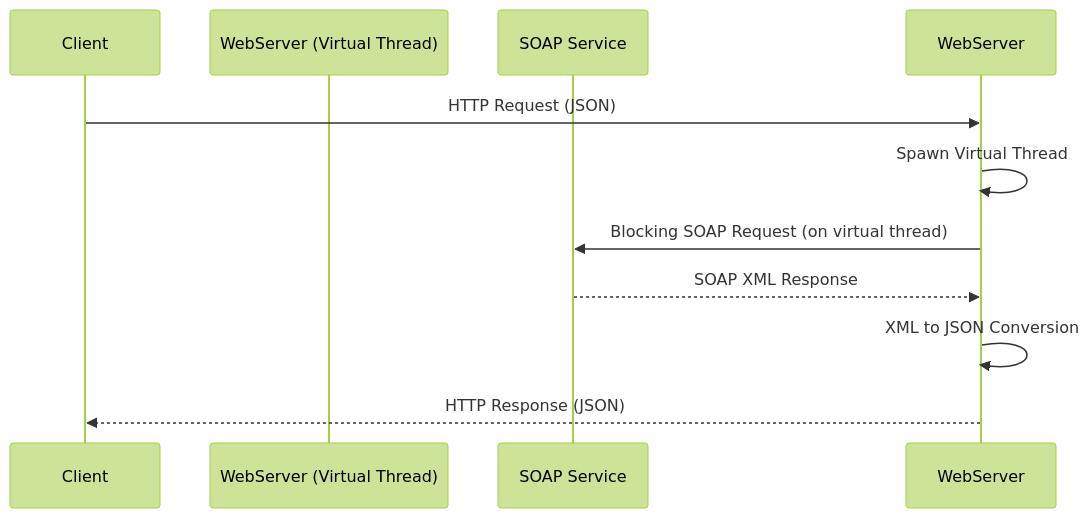
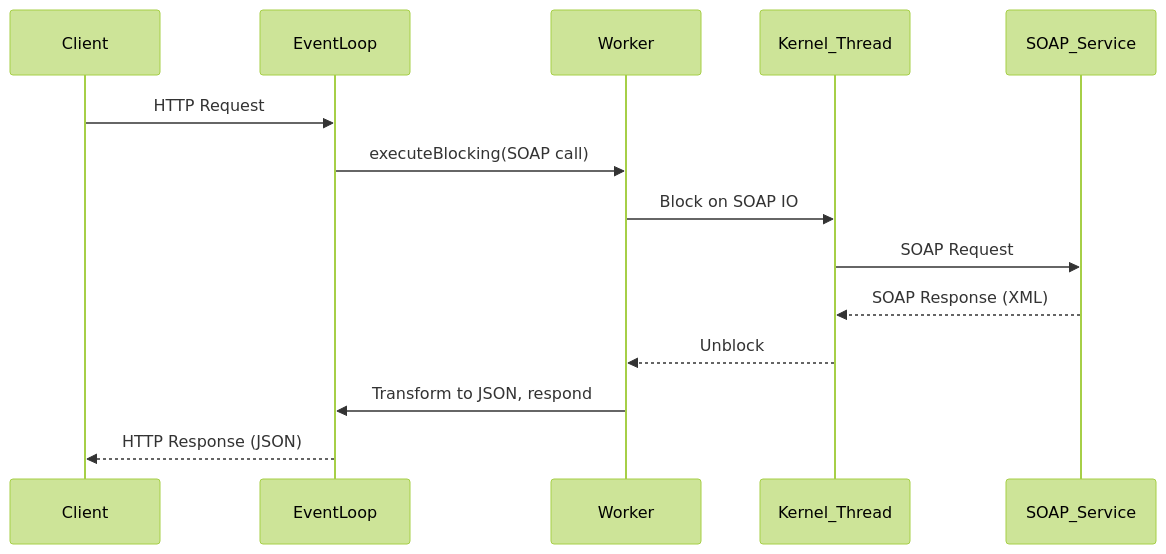
The fourth of 6 diagrams in README.md (sonuprajapati15/Web-frameworks), drawn with Mermaid (forest theme) before and after one commit. The commit also changed other lines of this file, not shown here.

````diff
--- a/README.md
+++ b/README.md
@@ -240,13 +379,17 @@
 ```mermaid
 sequenceDiagram
     participant Client
-    participant WebServer (Virtual Thread)
-    participant SOAP Service
+    participant EventLoop
+    participant Worker
+    participant Kernel_Thread
+    participant SOAP_Service
 
-    Client->>WebServer: HTTP Request (JSON)
-    WebServer->>WebServer: Spawn Virtual Thread
-    WebServer->>SOAP Service: Blocking SOAP Request (on virtual thread)
-    SOAP Service-->>WebServer: SOAP XML Response
-    WebServer->>WebServer: XML to JSON Conversion
-    WebServer-->>Client: HTTP Response (JSON)
+    Client->>EventLoop: HTTP Request
+    EventLoop->>Worker: executeBlocking(SOAP call)
+    Worker->>Kernel_Thread: Block on SOAP IO
+    Kernel_Thread->>SOAP_Service: SOAP Request
+    SOAP_Service-->>Kernel_Thread: SOAP Response (XML)
+    Kernel_Thread-->>Worker: Unblock
+    Worker->>EventLoop: Transform to JSON, respond
+    EventLoop-->>Client: HTTP Response (JSON)
 ```
````
